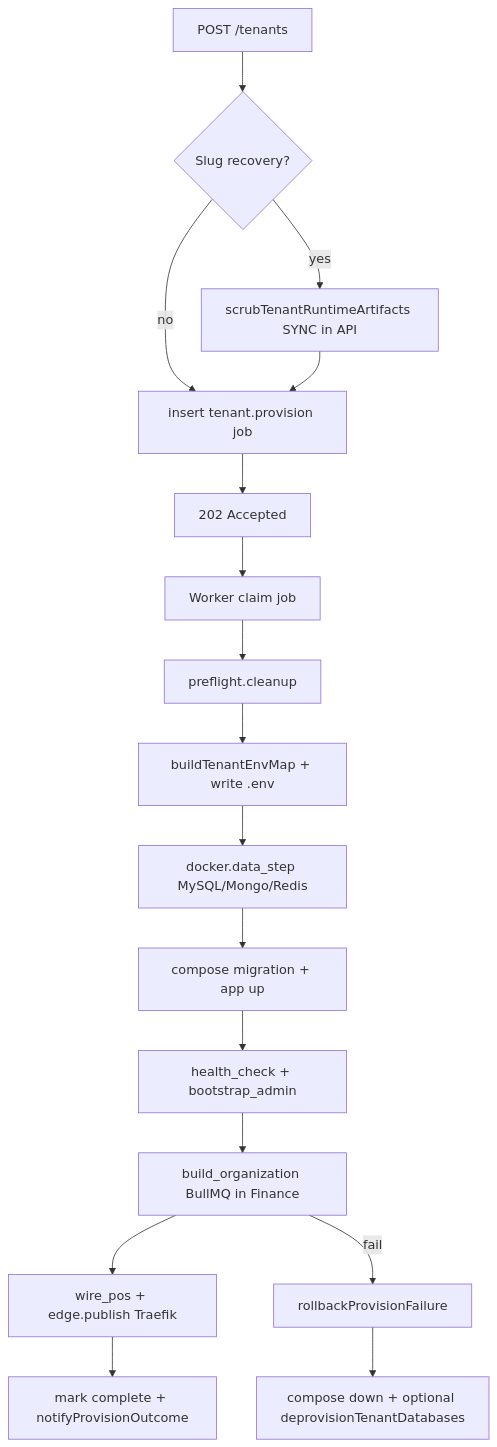
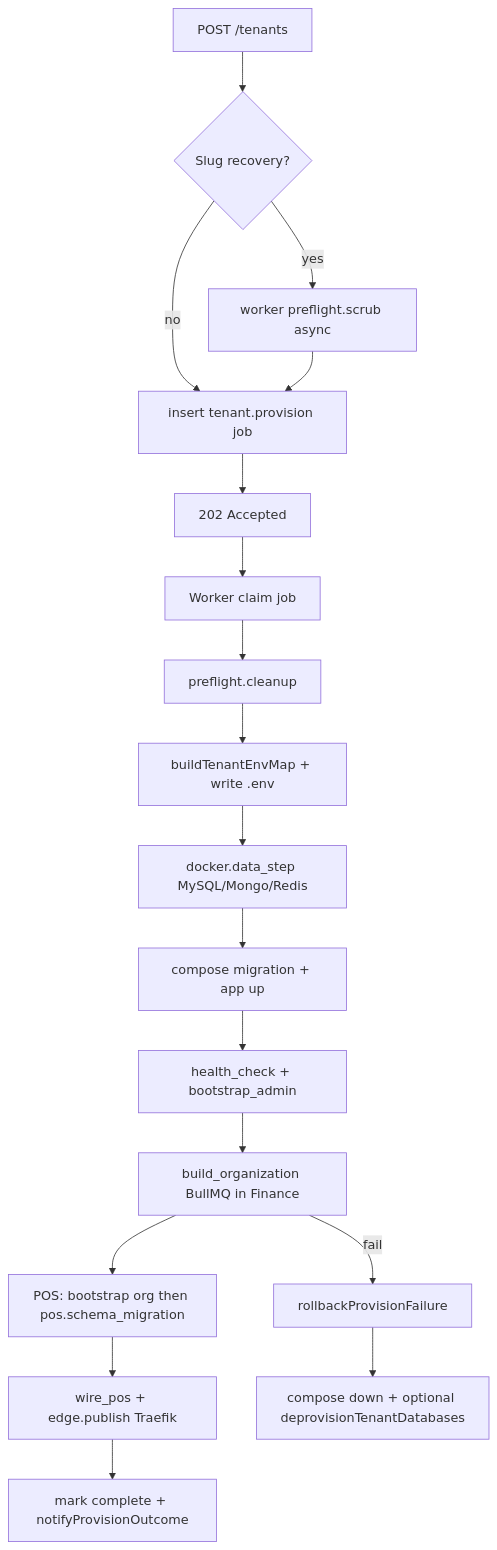
The third of 4 diagrams in docs/production-readiness-audit.md (iamtheghost69mess-byte/stockixnew), drawn with Mermaid before and after one commit. The commit also changed other lines of this file and 12 other files, not shown here.

````diff
--- a/docs/production-readiness-audit.md
+++ b/docs/production-readiness-audit.md
@@ -149,19 +150,20 @@
 ```mermaid
 flowchart TD
   A[POST /tenants] --> B{Slug recovery?}
-  B -->|yes| C[scrubTenantRuntimeArtifacts SYNC in API]
+  B -->|yes| C[worker preflight.scrub async]
   B -->|no| D[insert tenant.provision job]
   C --> D
   D --> E[202 Accepted]
   E --> F[Worker claim job]
   F --> G[preflight.cleanup]
   G --> H[buildTenantEnvMap + write .env]
   H --> I[docker.data_step MySQL/Mongo/Redis]
   I --> J[compose migration + app up]
   J --> K[health_check + bootstrap_admin]
   K --> L[build_organization BullMQ in Finance]
-  L --> M[wire_pos + edge.publish Traefik]
-  M --> N[mark complete + notifyProvisionOutcome]
+  L --> M[POS: bootstrap org then pos.schema_migration]
+  M --> N[wire_pos + edge.publish Traefik]
+  N --> O[mark complete + notifyProvisionOutcome]
   L -->|fail| R[rollbackProvisionFailure]
   R --> S[compose down + optional deprovisionTenantDatabases]
 ```
````
